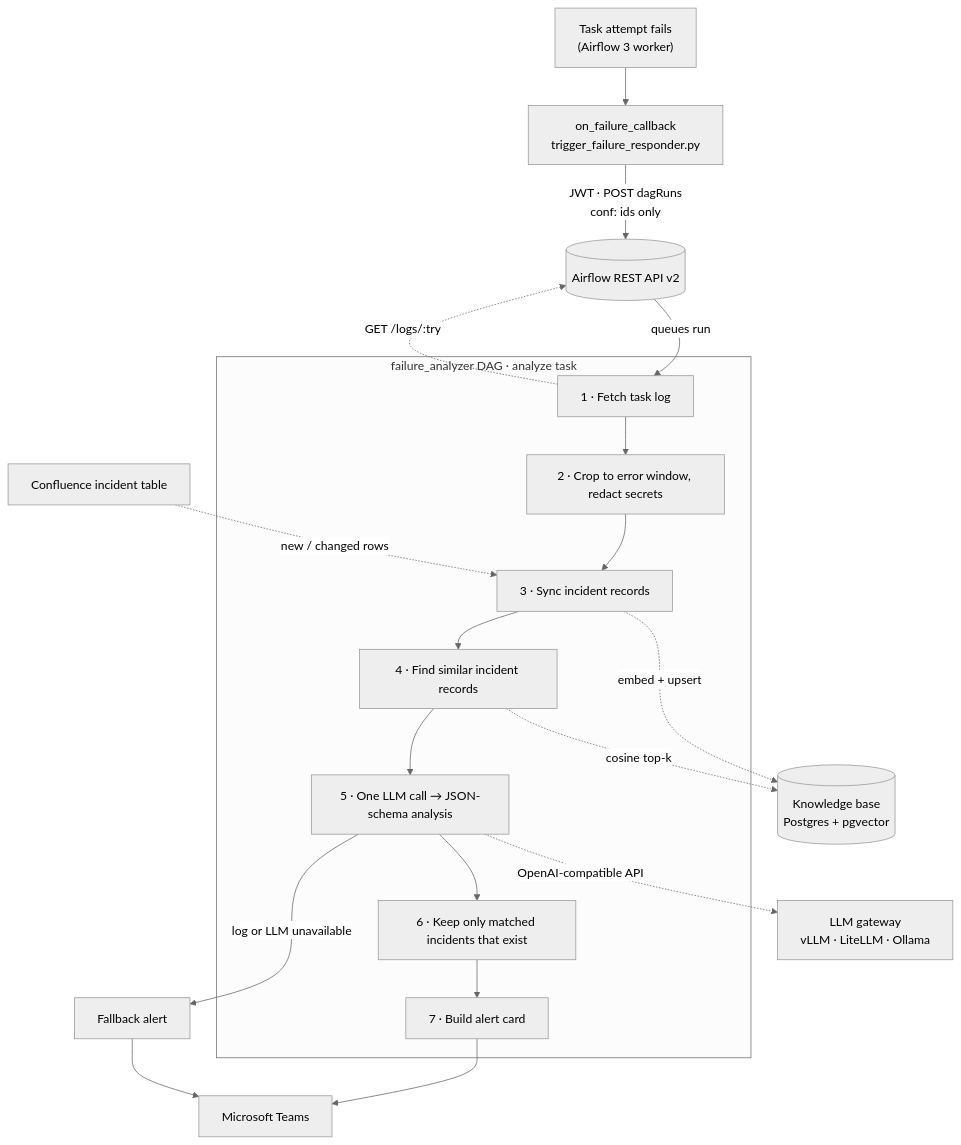
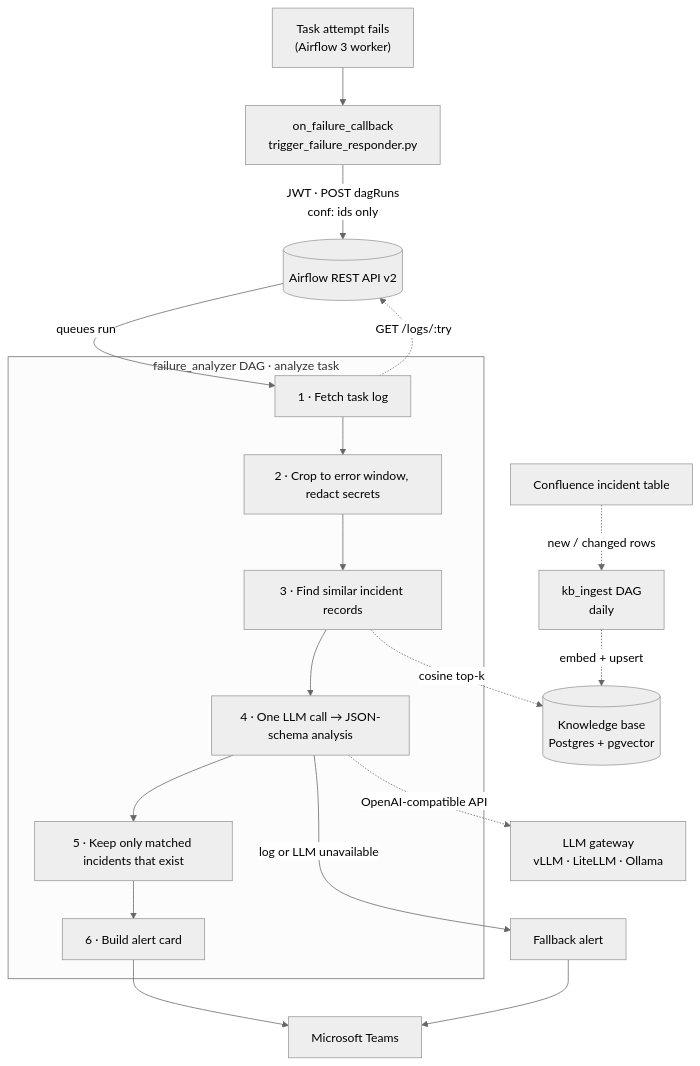
One commit to simsektalha/airflow-alert-system changed the diagram in README.md. Above: the diagram before and after it, drawn with Mermaid (neutral theme). The commit also changed other lines of this file and 5 other files, not shown here.

First line of the commit message:
feat: daily kb_ingest DAG; analyzer only queries the knowledge base

````diff
--- a/README.md
+++ b/README.md
@@ -11,23 +11,24 @@
 ```mermaid
 flowchart TB
     fail["Task attempt fails<br/>(Airflow 3 worker)"] --> cb["on_failure_callback<br/>trigger_failure_responder.py"]
     cb -- "JWT · POST dagRuns<br/>conf: ids only" --> api[("Airflow REST API v2")]
     api -- "queues run" --> fetch
 
     subgraph responder["failure_analyzer DAG · analyze task"]
         fetch["1 · Fetch task log"] --> crop["2 · Crop to error window, redact secrets"]
-        crop --> sync["3 · Sync incident records"]
-        sync --> find["4 · Find similar incident records"]
-        find --> llm["5 · One LLM call → JSON-schema analysis"]
-        llm --> map["6 · Keep only matched incidents that exist"]
-        map --> card["7 · Build alert card"]
+        crop --> find["3 · Find similar incident records"]
+        find --> llm["4 · One LLM call → JSON-schema analysis"]
+        llm --> map["5 · Keep only matched incidents that exist"]
+        map --> card["6 · Build alert card"]
     end
 
+    ingest["kb_ingest DAG<br/>daily"]
+
     fetch -. "GET /logs/:try" .-> api
-    conf["Confluence incident table"] -. "new / changed rows" .-> sync
-    sync -. "embed + upsert" .-> kb[("Knowledge base<br/>Postgres + pgvector")]
+    conf["Confluence incident table"] -. "new / changed rows" .-> ingest
+    ingest -. "embed + upsert" .-> kb[("Knowledge base<br/>Postgres + pgvector")]
     find -. "cosine top-k" .-> kb
     llm -. "OpenAI-compatible API" .-> gw["LLM gateway<br/>vLLM · LiteLLM · Ollama"]
     card --> teams["Microsoft Teams"]
     llm -- "log or LLM unavailable" --> fb["Fallback alert"] --> teams
 ```
````
